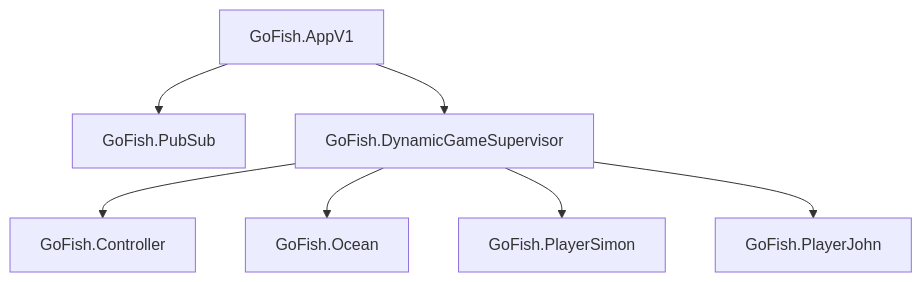
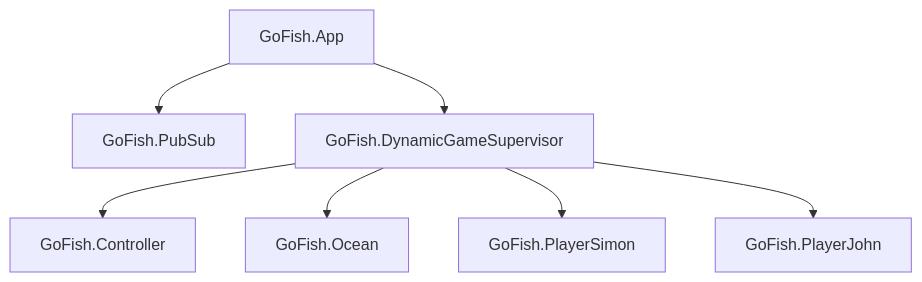
The diagram in README.md (simonelnahas/go_fish), drawn with Mermaid before and after one commit. The commit also changed other lines of this file and 6 other files, not shown here.

````diff
--- a/README.md
+++ b/README.md
@@ -42,9 +44,9 @@
 ```mermaid
 flowchart TD
-    GoFish.AppV1 --> GoFish.PubSub
-    GoFish.AppV1 --> GoFish.DynamicGameSupervisor
+    GoFish.App --> GoFish.PubSub
+    GoFish.App --> GoFish.DynamicGameSupervisor
     GoFish.DynamicGameSupervisor --> GoFish.Controller
     GoFish.DynamicGameSupervisor --> GoFish.Ocean
     GoFish.DynamicGameSupervisor --> GoFish.PlayerSimon
     GoFish.DynamicGameSupervisor --> GoFish.PlayerJohn
 ```
````
